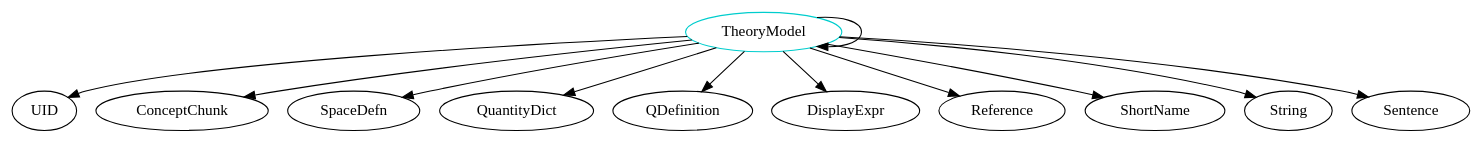
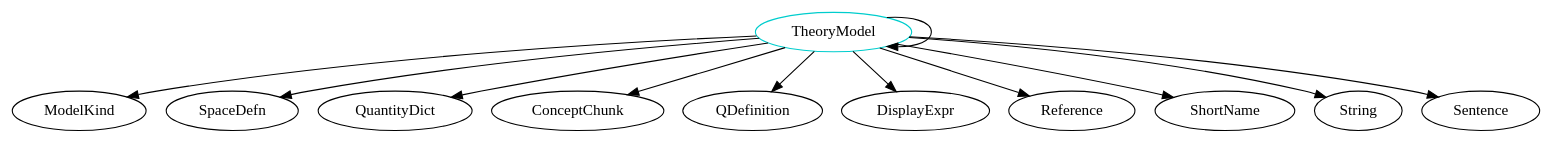
The diagram in analysis/TypeDependencyGraphs/theory/TheoryModel.dot (JacquesCarette/Drasil), drawn with Graphviz before and after one commit. The commit also changed 622 other files, not shown here.

```diff
--- a/analysis/TypeDependencyGraphs/theory/TheoryModel.dot
+++ b/analysis/TypeDependencyGraphs/theory/TheoryModel.dot
@@ -1,14 +1,14 @@
 digraph theorymodel{
-TheoryModel -> UID;
-TheoryModel -> ConceptChunk;
+TheoryModel -> ModelKind;
 TheoryModel -> TheoryModel;
 TheoryModel -> SpaceDefn;
 TheoryModel -> QuantityDict;
+TheoryModel -> ConceptChunk;
 TheoryModel -> QDefinition;
 TheoryModel -> DisplayExpr;
 TheoryModel -> Reference;
 TheoryModel -> ShortName;
 TheoryModel -> String;
 TheoryModel -> Sentence;
 TheoryModel	[shape=oval, color=cyan3, label=TheoryModel];
 }
```
